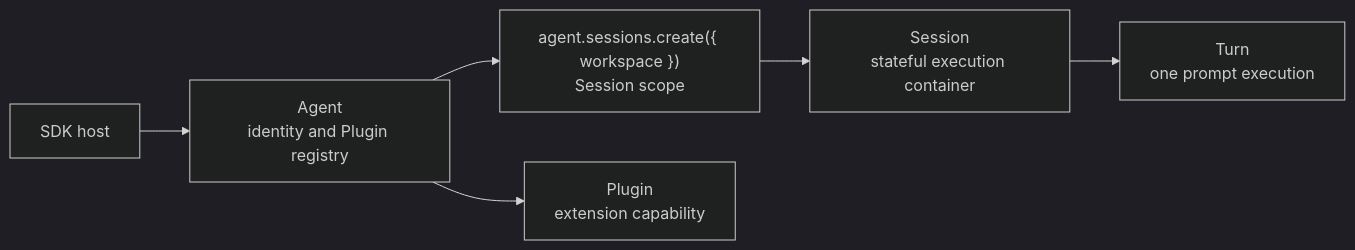
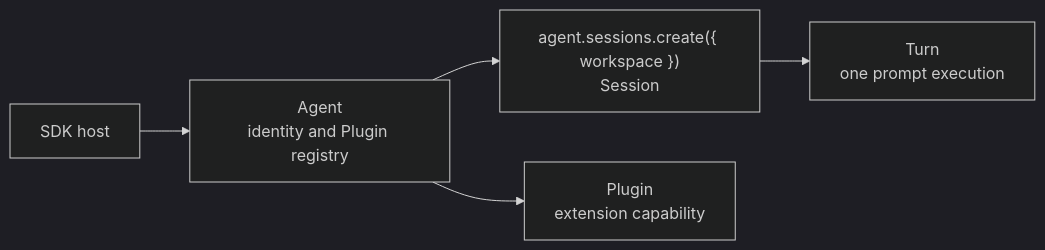
The diagram in homepage/content/agent-sdk-docs/en/index.mdx (genesiscosmos/downcity), drawn with Mermaid (dark theme) before and after one commit. The commit also changed other lines of this file and 94 other files, not shown here.

````diff
--- a/homepage/content/agent-sdk-docs/en/index.mdx
+++ b/homepage/content/agent-sdk-docs/en/index.mdx
@@ -12,8 +12,7 @@
 ```mermaid
 flowchart LR
     Host["SDK host"] --> Agent["Agent<br/>identity and Plugin registry"]
-    Agent --> Workspace["agent.sessions.create({ workspace })<br/>Session scope"]
-    Workspace --> Session["Session<br/>stateful execution container"]
+    Agent --> Session["agent.sessions.create({ workspace })<br/>Session"]
     Session --> Turn["Turn<br/>one prompt execution"]
     Agent --> Plugin["Plugin<br/>extension capability"]
 ```
````
